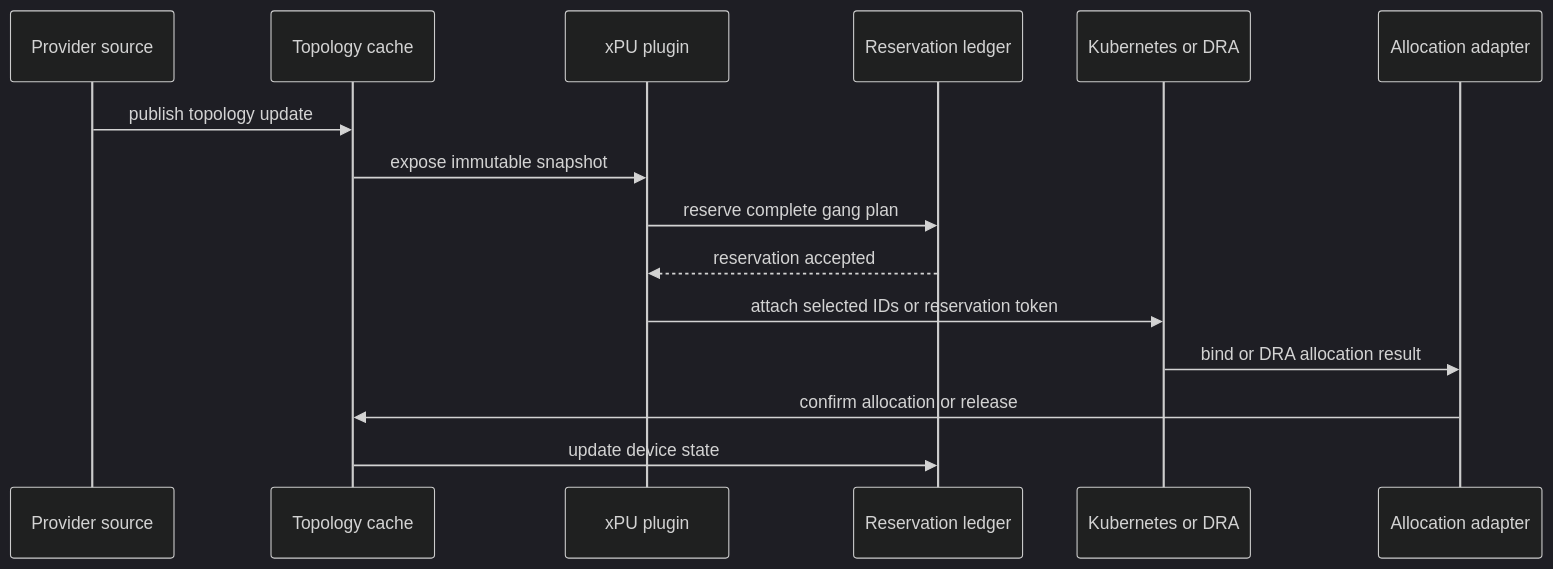
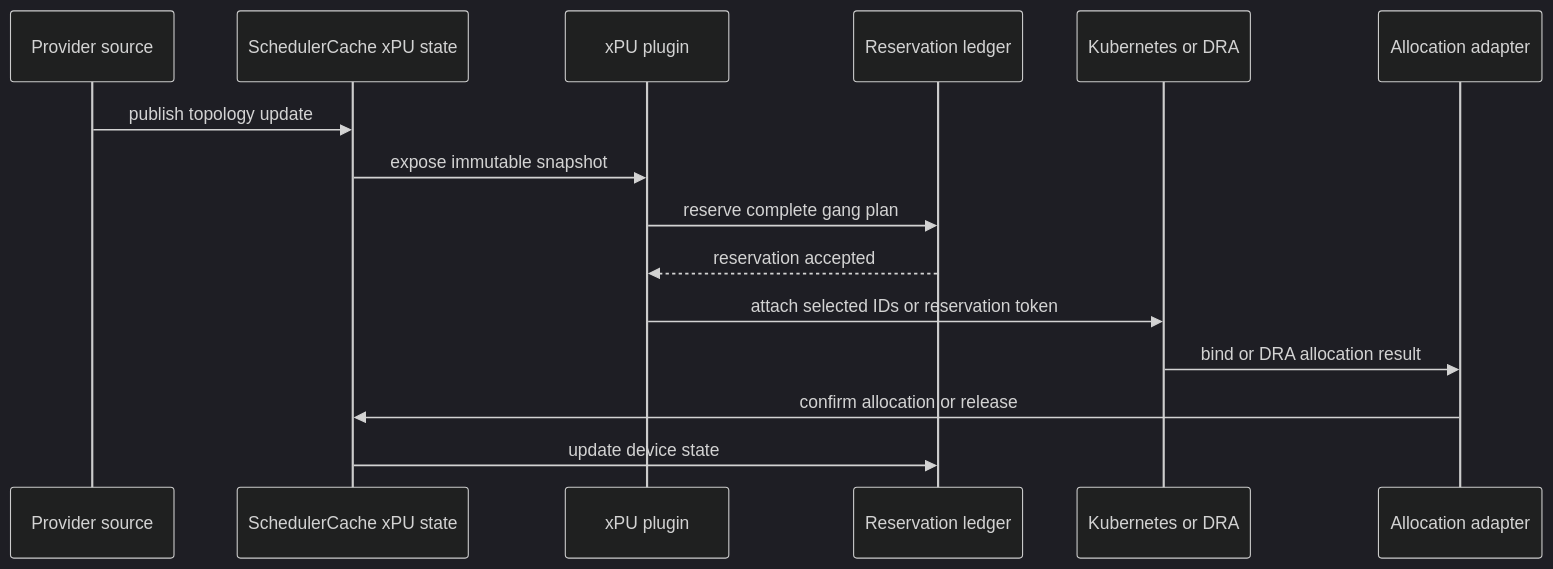
The seventh of 7 diagrams in docs/design/generic-xpu-topology-aware-scheduling.md (volcano-sh/volcano), drawn with Mermaid (dark theme) before and after one commit. The commit also changed other lines of this file, not shown here.

Commit message:
docs: refine generic xpu topology-aware scheduling design Align the topology view with SchedulerCache snapshots, clarify provider and canonical identity contracts, define policy lifecycle and failure reporting, and refine compact allocation behavior.

````diff
--- a/docs/design/generic-xpu-topology-aware-scheduling.md
+++ b/docs/design/generic-xpu-topology-aware-scheduling.md
@@ -1037,18 +1236,18 @@
 ```mermaid
 sequenceDiagram
     participant Source as Provider source
-    participant Cache as Topology cache
+    participant Cache as SchedulerCache xPU state
     participant Plugin as xPU plugin
     participant Ledger as Reservation ledger
     participant Runtime as Kubernetes or DRA
     participant Adapter as Allocation adapter
 
     Source->>Cache: publish topology update
     Cache->>Plugin: expose immutable snapshot
     Plugin->>Ledger: reserve complete gang plan
     Ledger-->>Plugin: reservation accepted
     Plugin->>Runtime: attach selected IDs or reservation token
     Runtime->>Adapter: bind or DRA allocation result
     Adapter->>Cache: confirm allocation or release
     Cache->>Ledger: update device state
 ```
````
